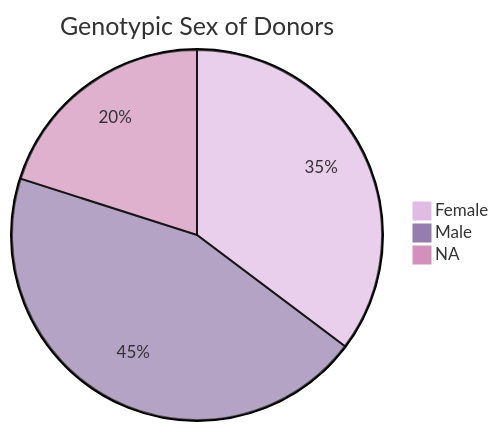
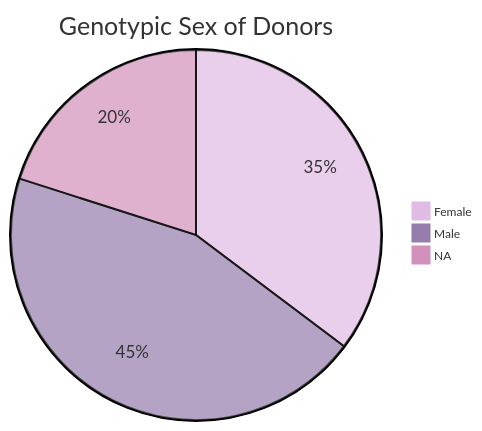
The diagram in docs/index.md (progenetix/cancercelllines-web), drawn with Mermaid before and after one commit.

````diff
--- a/docs/index.md
+++ b/docs/index.md
@@ -16,9 +16,9 @@
 ```mermaid
-%%{init: {'theme': 'base', 'themeVariables': {"fontFamily": "arial",'pie1':'#E0BBE4','pie2':'#957DAD','pie3':'#D291BC'}}}%%
+%%{init: {'theme': 'base', 'themeVariables': {'pieLegendTextSize':'12px',"fontFamily": "arial",'pie1':'#E0BBE4','pie2':'#957DAD','pie3':'#D291BC'}}}%%
 pie title Genotypic Sex of Donors
   "Female" : 1486
   "Male" : 1882
   "NA" : 846
 
 
 ```
````
